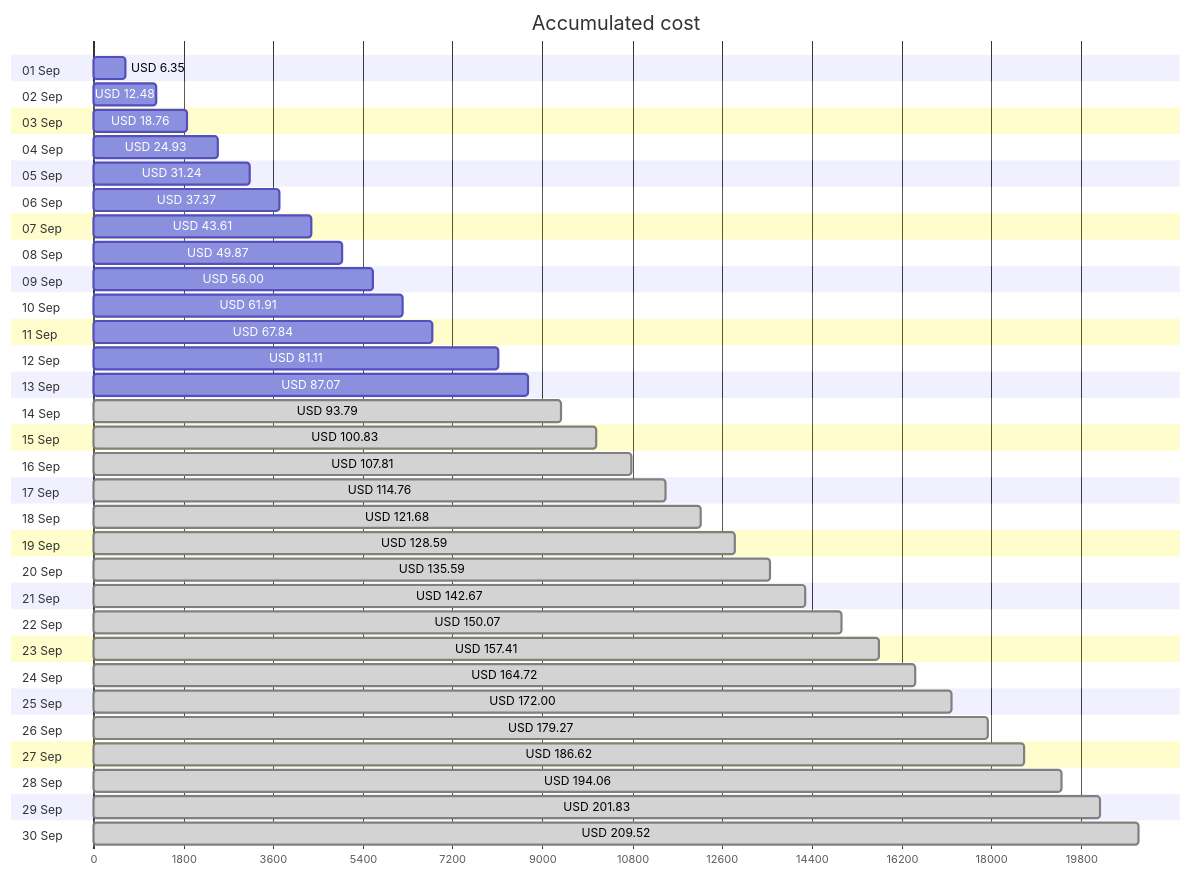
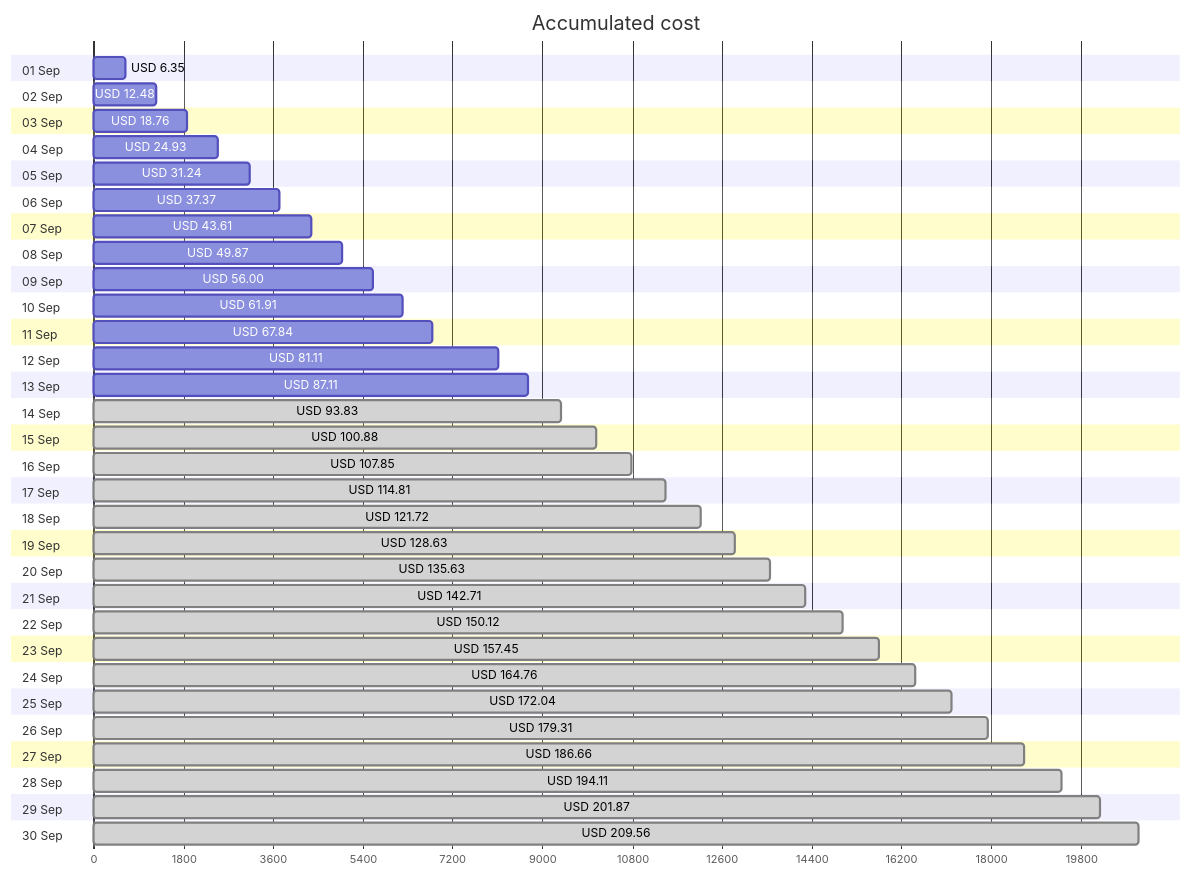
Before and after one commit to jpfulton/azure-personal-reports: the first of 4 diagrams in cost-reports/accumulated-cost.md, drawn with Mermaid. The commit also changed other lines of this file and 2 other files, not shown here.

Commit message:
Generated reports [skip ci]

````diff
--- a/cost-reports/accumulated-cost.md
+++ b/cost-reports/accumulated-cost.md
@@ -20,66 +20,66 @@
 ```mermaid
 gantt
    title Accumulated cost
    dateFormat  X
    axisFormat %s
    section 01 Sep
    USD 6.35 :0, 635
    section 02 Sep
    USD 12.48 :0, 1248
    section 03 Sep
    USD 18.76 :0, 1876
    section 04 Sep
    USD 24.93 :0, 2493
    section 05 Sep
    USD 31.24 :0, 3124
    section 06 Sep
    USD 37.37 :0, 3737
    section 07 Sep
    USD 43.61 :0, 4361
    section 08 Sep
    USD 49.87 :0, 4987
    section 09 Sep
    USD 56.00 :0, 5600
    section 10 Sep
    USD 61.91 :0, 6191
    section 11 Sep
    USD 67.84 :0, 6784
    section 12 Sep
    USD 81.11 :0, 8111
    section 13 Sep
-   USD 87.07 :0, 8707
+   USD 87.11 :0, 8711
    section 14 Sep
-   USD 93.79 : done, 0, 9379
+   USD 93.83 : done, 0, 9383
    section 15 Sep
-   USD 100.83 : done, 0, 10083
+   USD 100.88 : done, 0, 10088
    section 16 Sep
-   USD 107.81 : done, 0, 10781
+   USD 107.85 : done, 0, 10785
    section 17 Sep
-   USD 114.76 : done, 0, 11476
+   USD 114.81 : done, 0, 11481
    section 18 Sep
-   USD 121.68 : done, 0, 12168
+   USD 121.72 : done, 0, 12172
    section 19 Sep
-   USD 128.59 : done, 0, 12859
+   USD 128.63 : done, 0, 12863
    section 20 Sep
-   USD 135.59 : done, 0, 13559
+   USD 135.63 : done, 0, 13563
    section 21 Sep
-   USD 142.67 : done, 0, 14267
+   USD 142.71 : done, 0, 14271
    section 22 Sep
-   USD 150.07 : done, 0, 15007
+   USD 150.12 : done, 0, 15012
    section 23 Sep
-   USD 157.41 : done, 0, 15741
+   USD 157.45 : done, 0, 15745
    section 24 Sep
-   USD 164.72 : done, 0, 16472
+   USD 164.76 : done, 0, 16476
    section 25 Sep
-   USD 172.00 : done, 0, 17200
+   USD 172.04 : done, 0, 17204
    section 26 Sep
-   USD 179.27 : done, 0, 17927
+   USD 179.31 : done, 0, 17931
    section 27 Sep
-   USD 186.62 : done, 0, 18662
+   USD 186.66 : done, 0, 18666
    section 28 Sep
-   USD 194.06 : done, 0, 19406
+   USD 194.11 : done, 0, 19411
    section 29 Sep
-   USD 201.83 : done, 0, 20183
+   USD 201.87 : done, 0, 20187
    section 30 Sep
-   USD 209.52 : done, 0, 20952
+   USD 209.56 : done, 0, 20956
 ```
````
